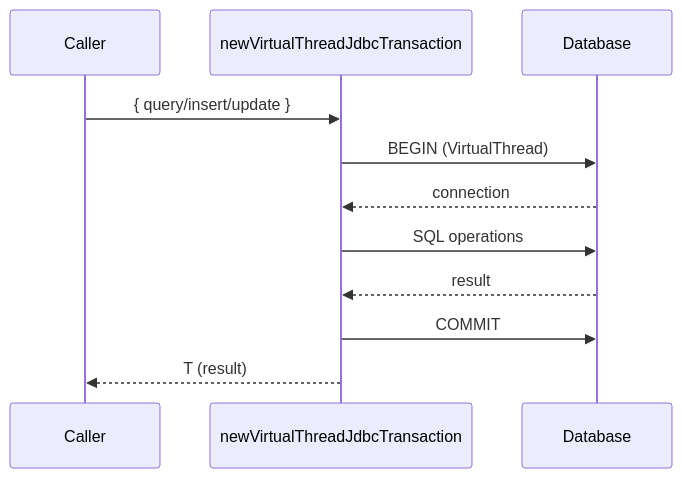
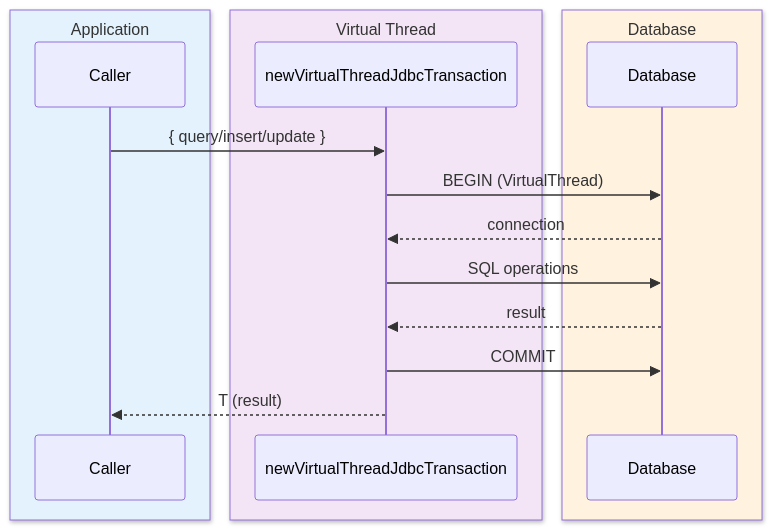
One commit to bluetape4k/bluetape4k-projects changed the second of 6 diagrams in data/exposed-jdbc/README.ko.md. Above: the diagram before and after it, drawn with Mermaid. The commit also changed other lines of this file and 221 other files, not shown here.

First line of the commit message:
docs: 전체 모듈 README UML 다이어그램 보강 및 색상 업그레이드

````diff
--- a/data/exposed-jdbc/README.ko.md
+++ b/data/exposed-jdbc/README.ko.md
@@ -431,14 +435,20 @@
 ```mermaid
 sequenceDiagram
-    participant Caller
-    participant VT as newVirtualThreadJdbcTransaction
-    participant DB as Database
+    box rgb(227, 242, 253) Application
+        participant Caller
+    end
+    box rgb(243, 229, 245) Virtual Thread
+        participant VT as newVirtualThreadJdbcTransaction
+    end
+    box rgb(255, 243, 224) Database
+        participant DB as Database
+    end
 
     Caller->>VT: { query/insert/update }
     VT->>DB: BEGIN (VirtualThread)
     DB-->>VT: connection
     VT->>DB: SQL operations
     DB-->>VT: result
     VT->>DB: COMMIT
     VT-->>Caller: T (result)
 ```
````
